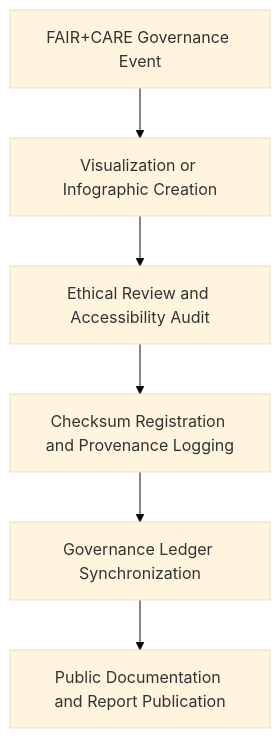
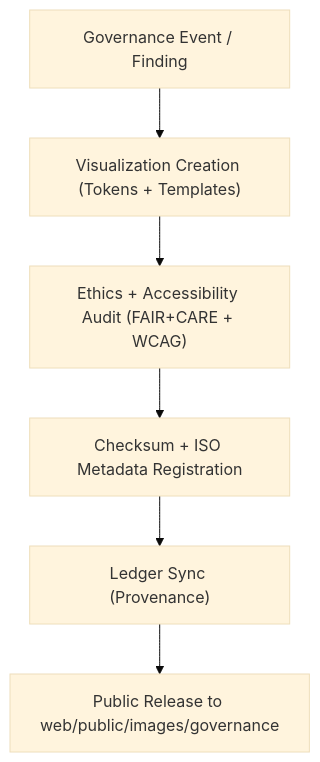
Before and after one commit to bartytime4life/Kansas-Frontier-Matrix: the diagram in web/public/images/governance/README.md, drawn with Mermaid (base theme). The commit also changed other lines of this file, not shown here.

````diff
--- a/web/public/images/governance/README.md
+++ b/web/public/images/governance/README.md
@@ -65,8 +57,8 @@
 ```mermaid
 flowchart TD
-    A["FAIR+CARE Governance Event"] --> B["Visualization or Infographic Creation"]
-    B --> C["Ethical Review and Accessibility Audit"]
-    C --> D["Checksum Registration and Provenance Logging"]
-    D --> E["Governance Ledger Synchronization"]
-    E --> F["Public Documentation and Report Publication"]
+A["Governance Event / Finding"] --> B["Visualization Creation (Tokens + Templates)"]
+B --> C["Ethics + Accessibility Audit (FAIR+CARE + WCAG)"]
+C --> D["Checksum + ISO Metadata Registration"]
+D --> E["Ledger Sync (Provenance)"]
+E --> F["Public Release to web/public/images/governance"]
 ```
````
